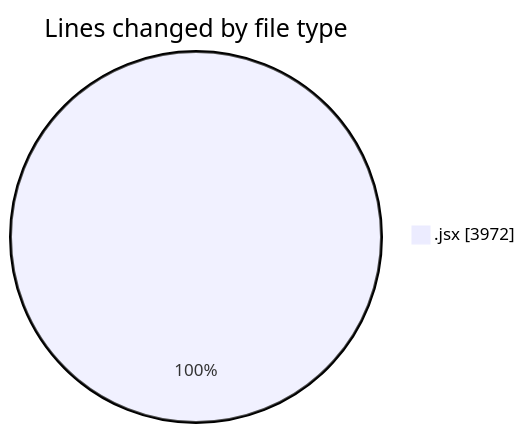
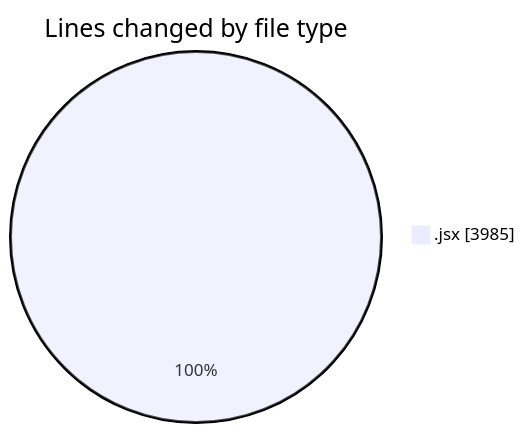
Before and after one commit to nxtqubesakshisongat/code-tracking: the first of 2 diagrams in 2025-07-15/argos/README.md, drawn with Mermaid. The commit also changed other lines of this file and 1 other file, not shown here.

````diff
--- a/2025-07-15/argos/README.md
+++ b/2025-07-15/argos/README.md
@@ -27,5 +27,5 @@
 ```mermaid
 pie showData
 title Lines changed by file type
-".jsx" : 3972
+".jsx" : 3985
 ```
````
